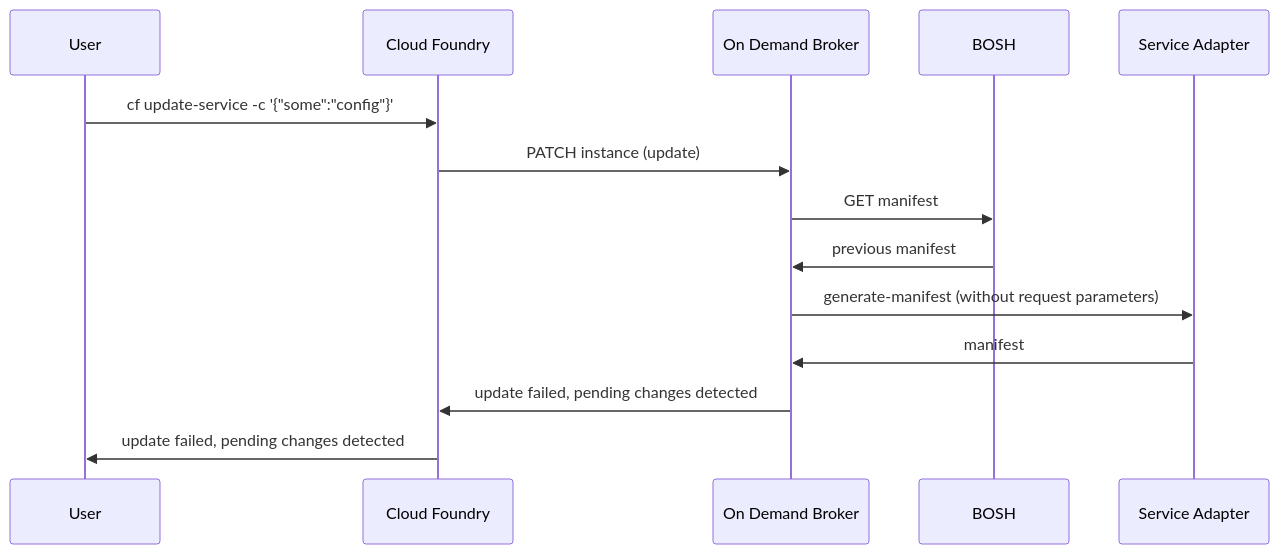
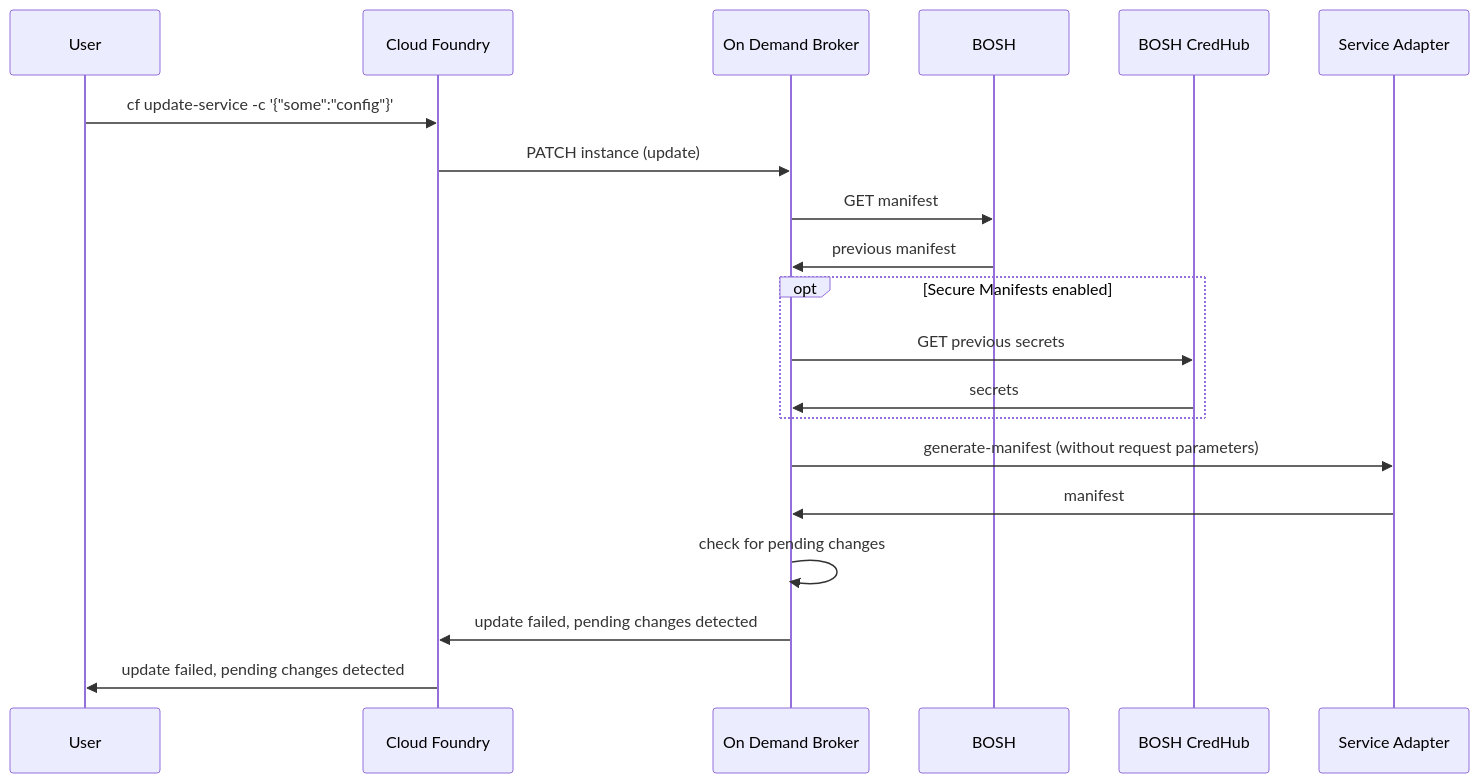
Before and after one commit to pivotal-cf/docs-on-demand-service-broker: the diagram in mmd/update_service_with_pending_changes_workflow.mmd, drawn with Mermaid. The commit also changed 4 other files, not shown here.

```diff
--- a/mmd/update_service_with_pending_changes_workflow.mmd
+++ b/mmd/update_service_with_pending_changes_workflow.mmd
@@ -1,11 +1,16 @@
 <div class="mermaid">
   sequenceDiagram
   User->> Cloud Foundry: cf update-service -c '{"some":"config"}'
   Cloud Foundry->> On Demand Broker: PATCH instance (update)
   On Demand Broker->>BOSH:GET manifest
   BOSH->>On Demand Broker:previous manifest
+  opt Secure Manifests enabled
+    On Demand Broker->>BOSH CredHub: GET previous secrets
+    BOSH CredHub->>On Demand Broker: secrets
+  end
   On Demand Broker->>Service Adapter: generate-manifest (without request parameters)
   Service Adapter->>On Demand Broker: manifest
+  On Demand Broker->>On Demand Broker: check for pending changes
   On Demand Broker->>Cloud Foundry: update failed, pending changes detected
   Cloud Foundry->>User: update failed, pending changes detected
 </div>
```
